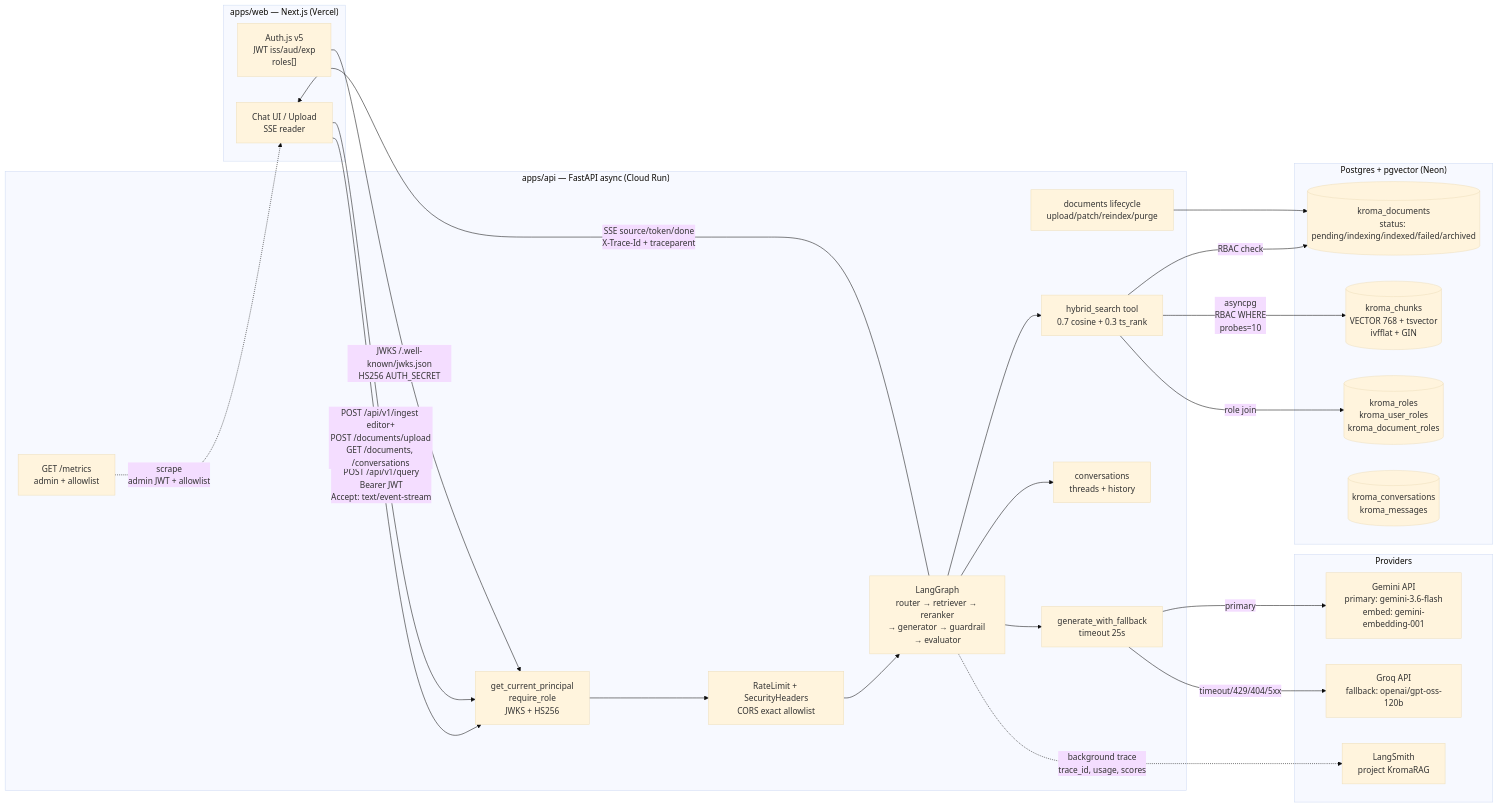
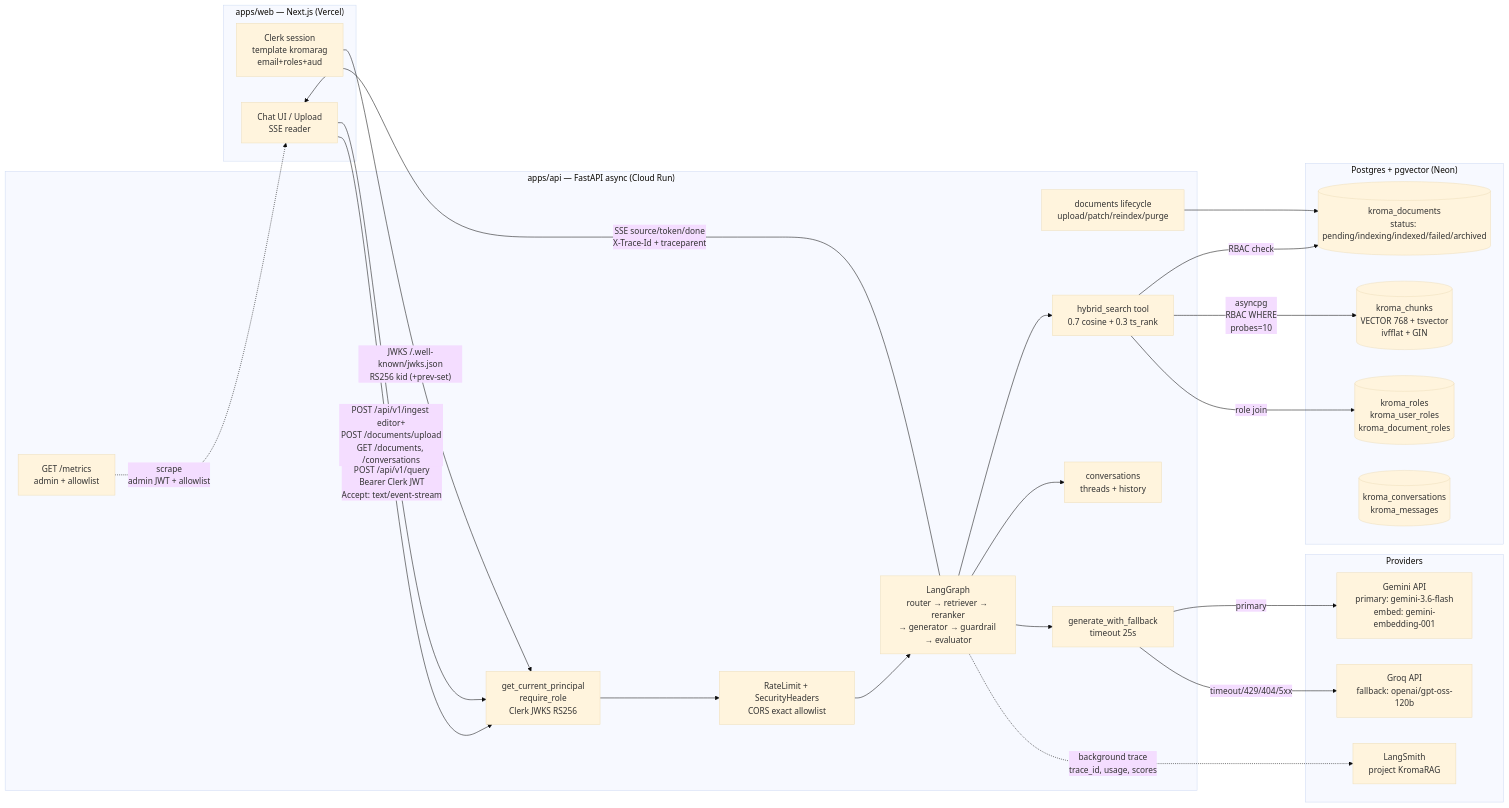
The diagram in README.md (Seb-fd/KromaRAG), drawn with Mermaid (base theme) before and after one commit. The commit also changed other lines of this file and 45 other files, not shown here.

````diff
--- a/README.md
+++ b/README.md
@@ -122,49 +122,49 @@
 ```mermaid
 flowchart LR
     subgraph WEB["apps/web — Next.js (Vercel)"]
         UI["Chat UI / Upload<br/>SSE reader"]
-        AUTH["Auth.js v5<br/>JWT iss/aud/exp<br/>roles[]"]
+        AUTH["Clerk session<br/>template kromarag<br/>email+roles+aud"]
     end
 
     subgraph API["apps/api — FastAPI async (Cloud Run)"]
-        SEC["get_current_principal<br/>require_role<br/>JWKS + HS256"]
+        SEC["get_current_principal<br/>require_role<br/>Clerk JWKS RS256"]
         RL["RateLimit + SecurityHeaders<br/>CORS exact allowlist"]
         LG["LangGraph<br/>router → retriever → reranker<br/>→ generator → guardrail → evaluator"]
         RET["hybrid_search tool<br/>0.7 cosine + 0.3 ts_rank"]
         LLM["generate_with_fallback<br/>timeout 25s"]
         CONV["conversations<br/>threads + history"]
         DOCSAPI["documents lifecycle<br/>upload/patch/reindex/purge"]
         MET["GET /metrics<br/>admin + allowlist"]
     end
 
     subgraph DB["Postgres + pgvector (Neon)"]
         DOCS[("kroma_documents<br/>status: pending/indexing/indexed/failed/archived")]
         CHUNKS[("kroma_chunks<br/>VECTOR 768 + tsvector<br/>ivfflat + GIN")]
         RBAC[("kroma_roles<br/>kroma_user_roles<br/>kroma_document_roles")]
         CONVDB[("kroma_conversations<br/>kroma_messages")]
     end
 
     subgraph EXT["Providers"]
         GEM["Gemini API<br/>primary: gemini-3.6-flash<br/>embed: gemini-embedding-001"]
         GROQ["Groq API<br/>fallback: openai/gpt-oss-120b"]
         LS["LangSmith<br/>project KromaRAG"]
     end
 
-    UI -- "POST /api/v1/query<br/>Bearer JWT<br/>Accept: text/event-stream" --> SEC
+    UI -- "POST /api/v1/query<br/>Bearer Clerk JWT<br/>Accept: text/event-stream" --> SEC
     UI -- "POST /api/v1/ingest editor+<br/>POST /documents/upload<br/>GET /documents, /conversations" --> SEC
-    AUTH -- "JWKS /.well-known/jwks.json<br/>HS256 AUTH_SECRET" --> SEC
+    AUTH -- "JWKS /.well-known/jwks.json<br/>RS256 kid (+prev-set)" --> SEC
     SEC --> RL
     RL --> LG
     LG --> RET
     RET -- "asyncpg<br/>RBAC WHERE<br/>probes=10" --> CHUNKS
     RET -- "RBAC check" --> DOCS
     RET -- "role join" --> RBAC
     LG --> LLM
     LLM -- "primary" --> GEM
     LLM -- "timeout/429/404/5xx" --> GROQ
     LG -. "background trace<br/>trace_id, usage, scores" .-> LS
     LG -- "SSE source/token/done<br/>X-Trace-Id + traceparent" --> UI
     LG --> CONV
     DOCSAPI --> DOCS
     MET -. "scrape<br/>admin JWT + allowlist" .-> UI
 ```
````
